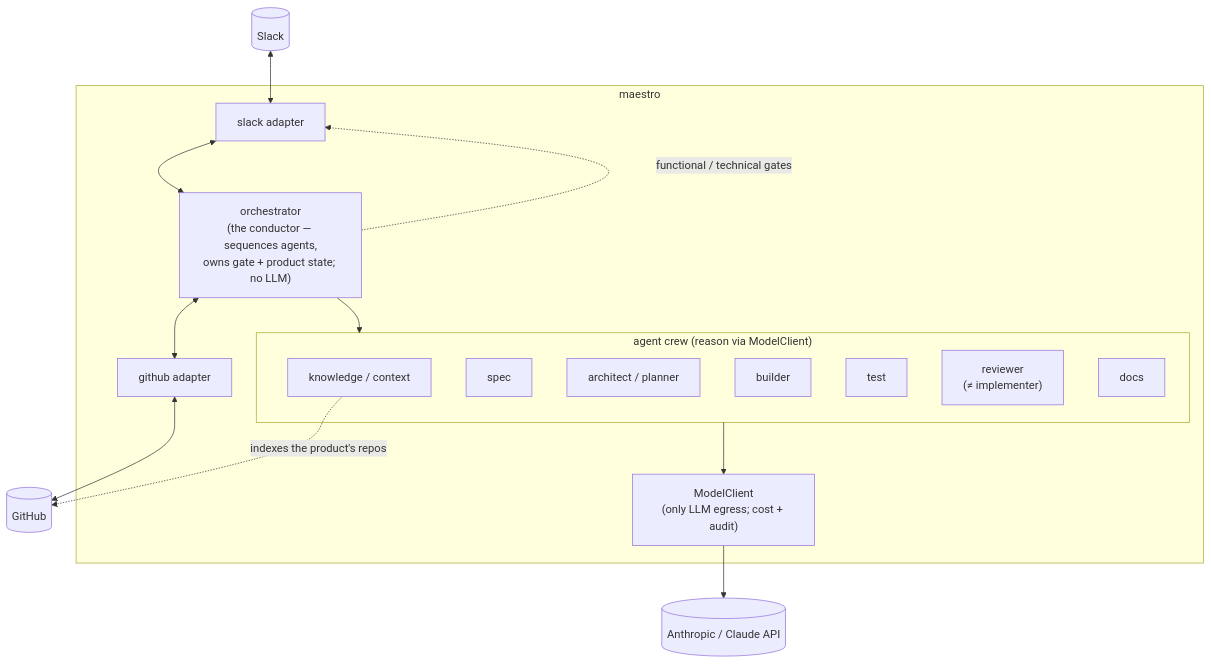
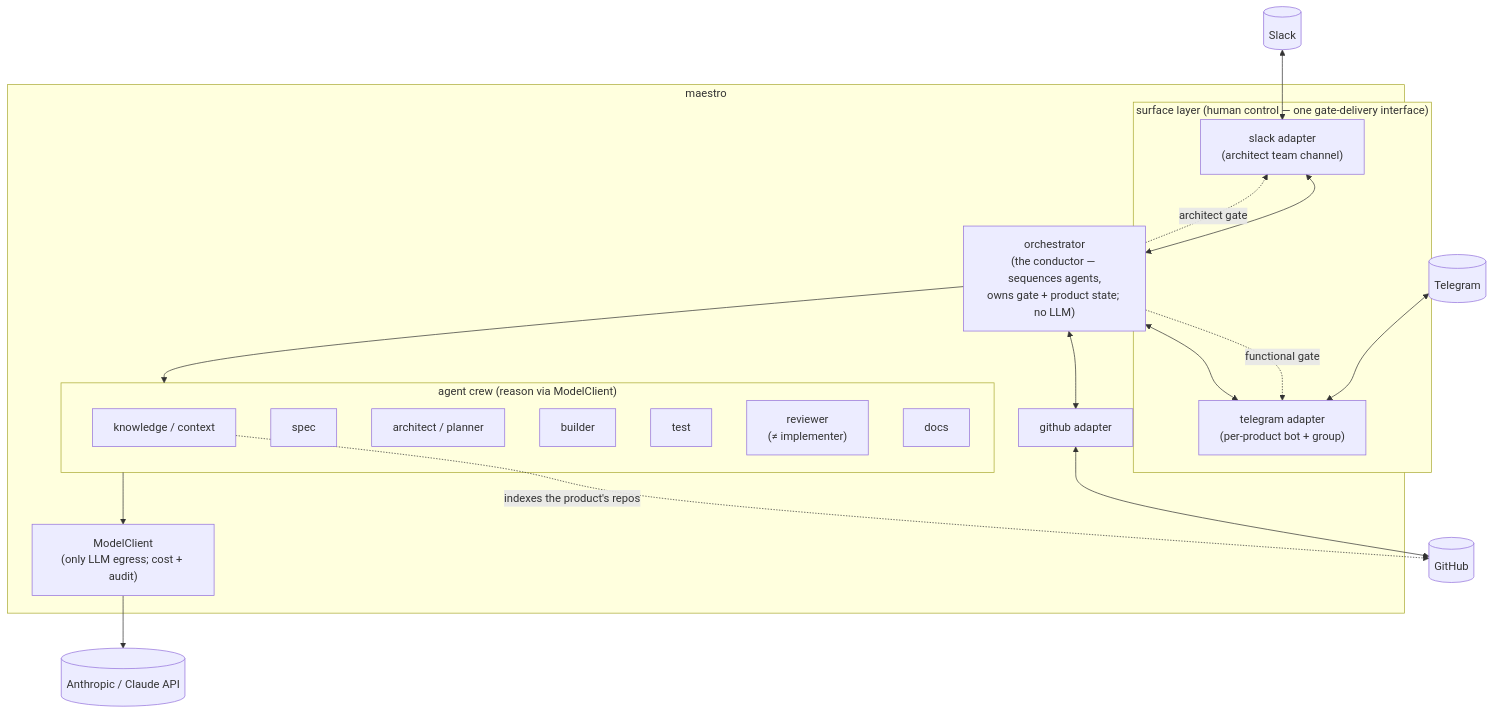
One commit to fps4/maestro changed the second of 2 diagrams in docs/architecture/overview.md. Above: the diagram before and after it, drawn with Mermaid. The commit also changed other lines of this file and 18 other files, not shown here.

````diff
--- a/docs/architecture/overview.md
+++ b/docs/architecture/overview.md
@@ -42,29 +45,35 @@
 ```mermaid
 flowchart TB
   slack[("Slack")]
+  telegram[("Telegram")]
   github[("GitHub")]
   claude[("Anthropic / Claude API")]
 
   subgraph maestro["maestro"]
-    sl["slack adapter"]
+    subgraph surface["surface layer (human control — one gate-delivery interface)"]
+      sl["slack adapter<br/>(architect team channel)"]
+      tg["telegram adapter<br/>(per-product bot + group)"]
+    end
     gh["github adapter"]
     orch["orchestrator<br/>(the conductor — sequences agents,<br/>owns gate + product state; no LLM)"]
     mc["ModelClient<br/>(only LLM egress; cost + audit)"]
     subgraph crew["agent crew (reason via ModelClient)"]
       know["knowledge / context"]
       spec["spec"]
       arch["architect / planner"]
       build["builder"]
       test["test"]
       review["reviewer<br/>(≠ implementer)"]
       docs["docs"]
     end
   end
 
   slack <--> sl <--> orch
+  telegram <--> tg <--> orch
   orch <--> gh <--> github
   orch --> crew
   crew --> mc --> claude
   know -. "indexes the product's repos" .-> github
-  orch -. "functional / technical gates" .-> sl
+  orch -. "architect gate" .-> sl
+  orch -. "functional gate" .-> tg
 ```
````
